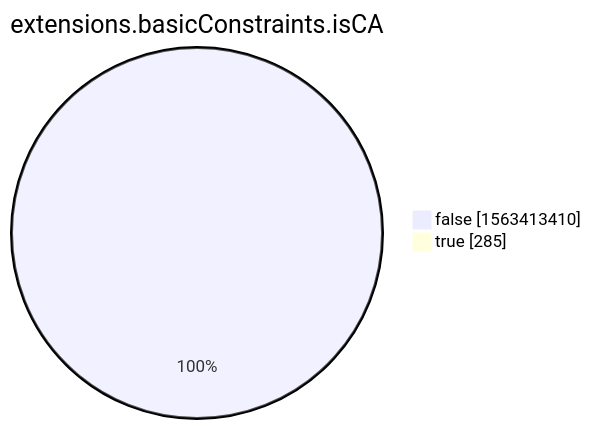
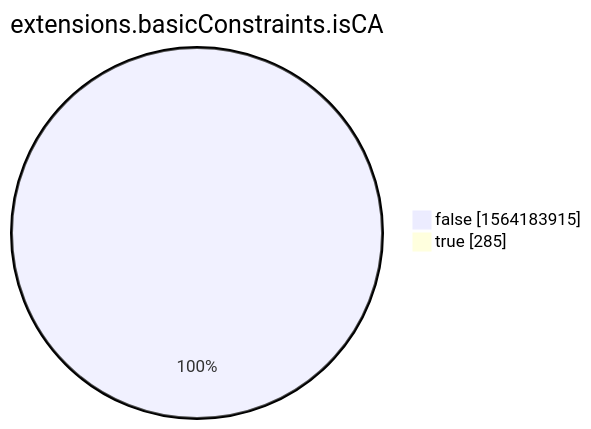
Before and after one commit to christiankrug/ctmonitor_visualization: the eighth of 15 diagrams in xenon2022/README.md, drawn with Mermaid. The commit also changed other lines of this file, not shown here.

````diff
--- a/xenon2022/README.md
+++ b/xenon2022/README.md
@@ -2860,6 +2860,6 @@
 ```mermaid
 pie showData
 title extensions.basicConstraints.isCA
-"false" :1563413410
+"false" :1564183915
 "true" :285
 ```
````
